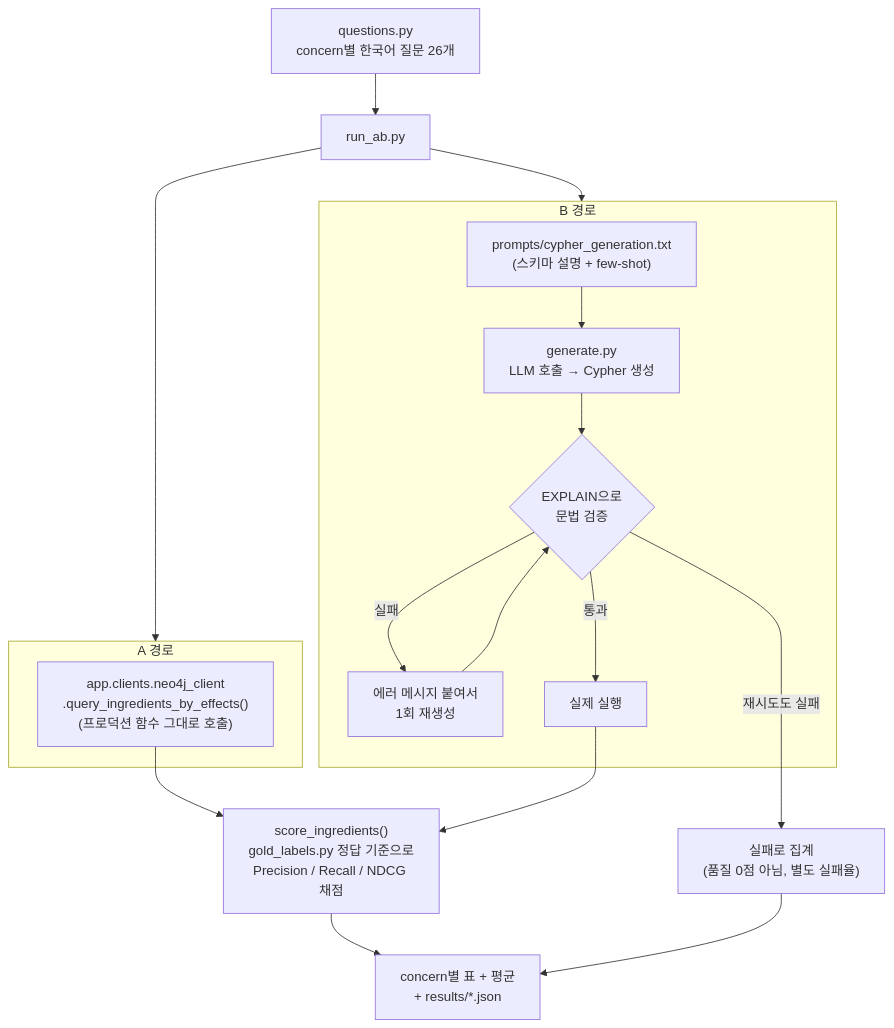
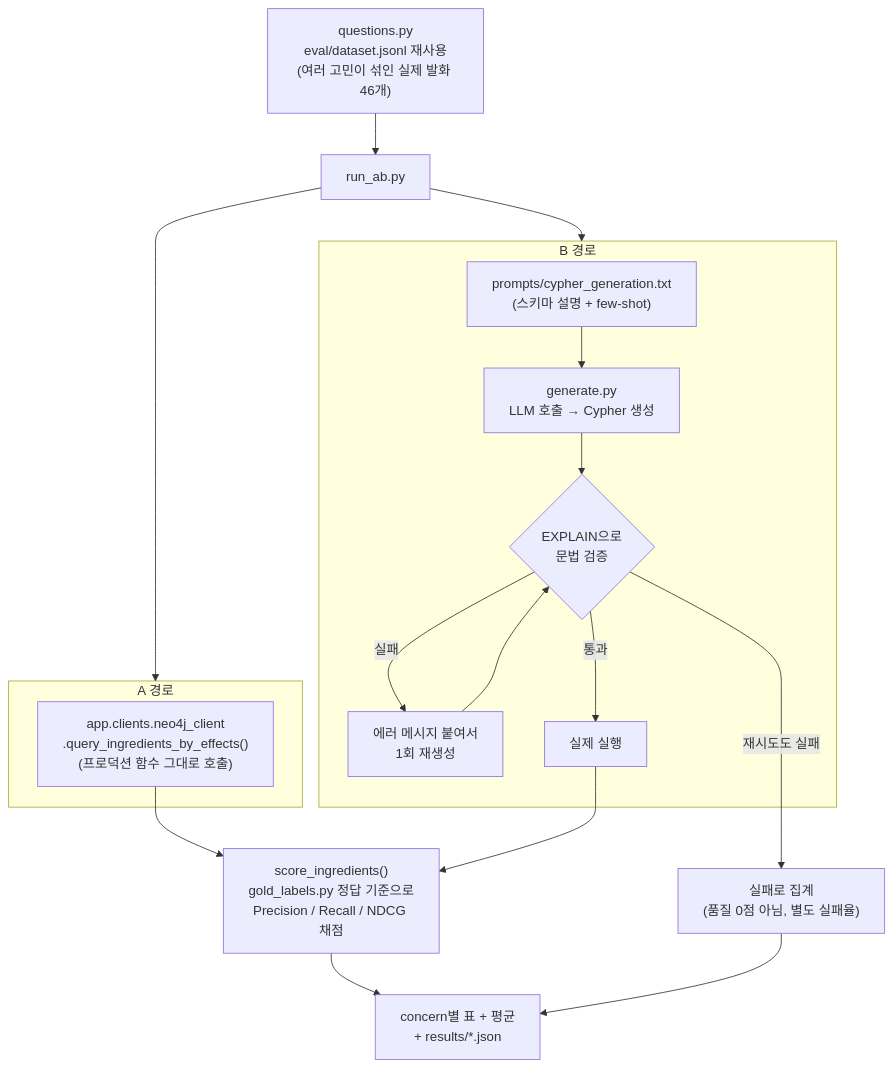
One commit to 4EVR0/4EVR0-Server changed the diagram in llm_query_eval/README.md. Above: the diagram before and after it, drawn with Mermaid. The commit also changed other lines of this file and 3 other files, not shown here.

First line of the commit message:
fix(llm_query_eval): enable_thinking 끄기 + 질문셋을 dataset.jsonl 다중고민 시나리오로 교체

````diff
--- a/llm_query_eval/README.md
+++ b/llm_query_eval/README.md
@@ -57,24 +57,24 @@
 ```mermaid
 flowchart TD
-    Q["questions.py<br/>concern별 한국어 질문 26개"] --> RUN[run_ab.py]
+    Q["questions.py<br/>eval/dataset.jsonl 재사용<br/>(여러 고민이 섞인 실제 발화 46개)"] --> RUN[run_ab.py]
 
     subgraph A["A 경로"]
         AF["app.clients.neo4j_client<br/>.query_ingredients_by_effects()<br/>(프로덕션 함수 그대로 호출)"]
     end
 
     subgraph B["B 경로"]
         P["prompts/cypher_generation.txt<br/>(스키마 설명 + few-shot)"] --> G["generate.py<br/>LLM 호출 → Cypher 생성"]
         G --> V{"EXPLAIN으로<br/>문법 검증"}
         V -- 실패 --> R["에러 메시지 붙여서<br/>1회 재생성"]
         R --> V
         V -- 통과 --> EX["실제 실행"]
     end
 
     RUN --> A
     RUN --> B
     AF --> SCORE["score_ingredients()<br/>gold_labels.py 정답 기준으로<br/>Precision / Recall / NDCG 채점"]
     EX --> SCORE
     V -- "재시도도 실패" --> FAIL["실패로 집계<br/>(품질 0점 아님, 별도 실패율)"]
     SCORE --> OUT["concern별 표 + 평균<br/>+ results/*.json"]
     FAIL --> OUT
 ```
````
